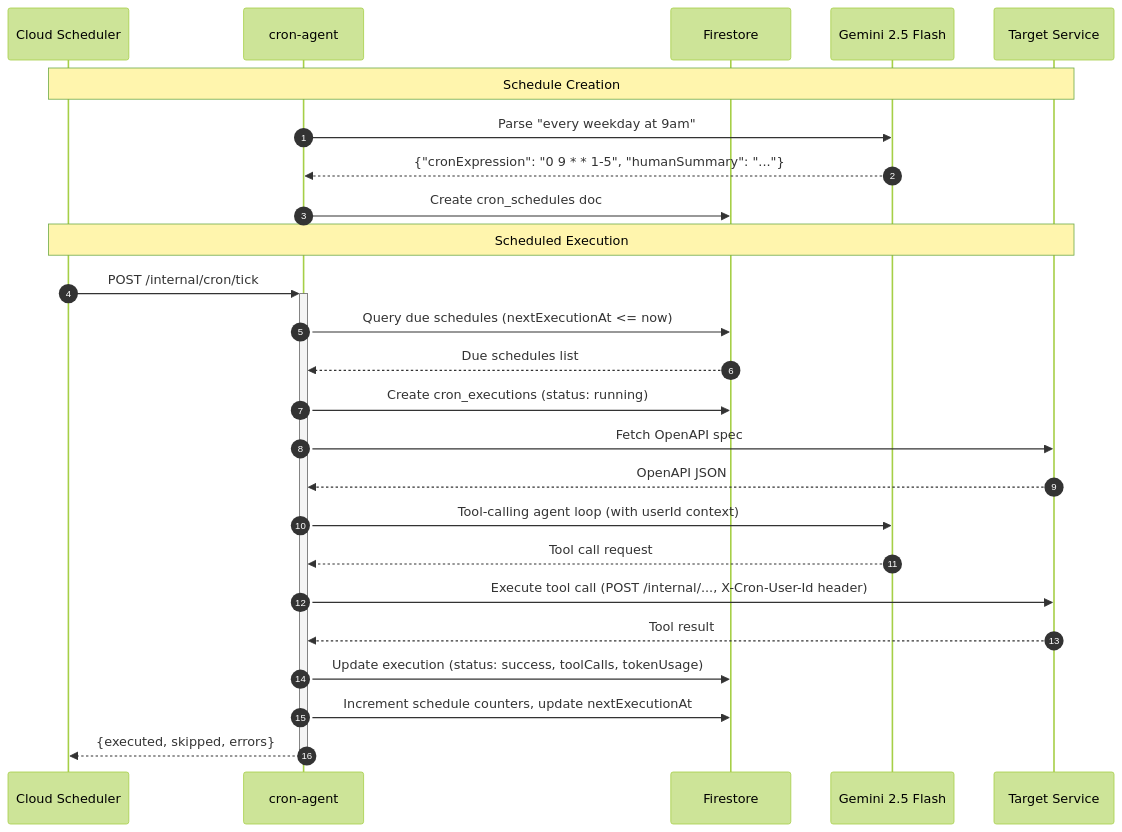
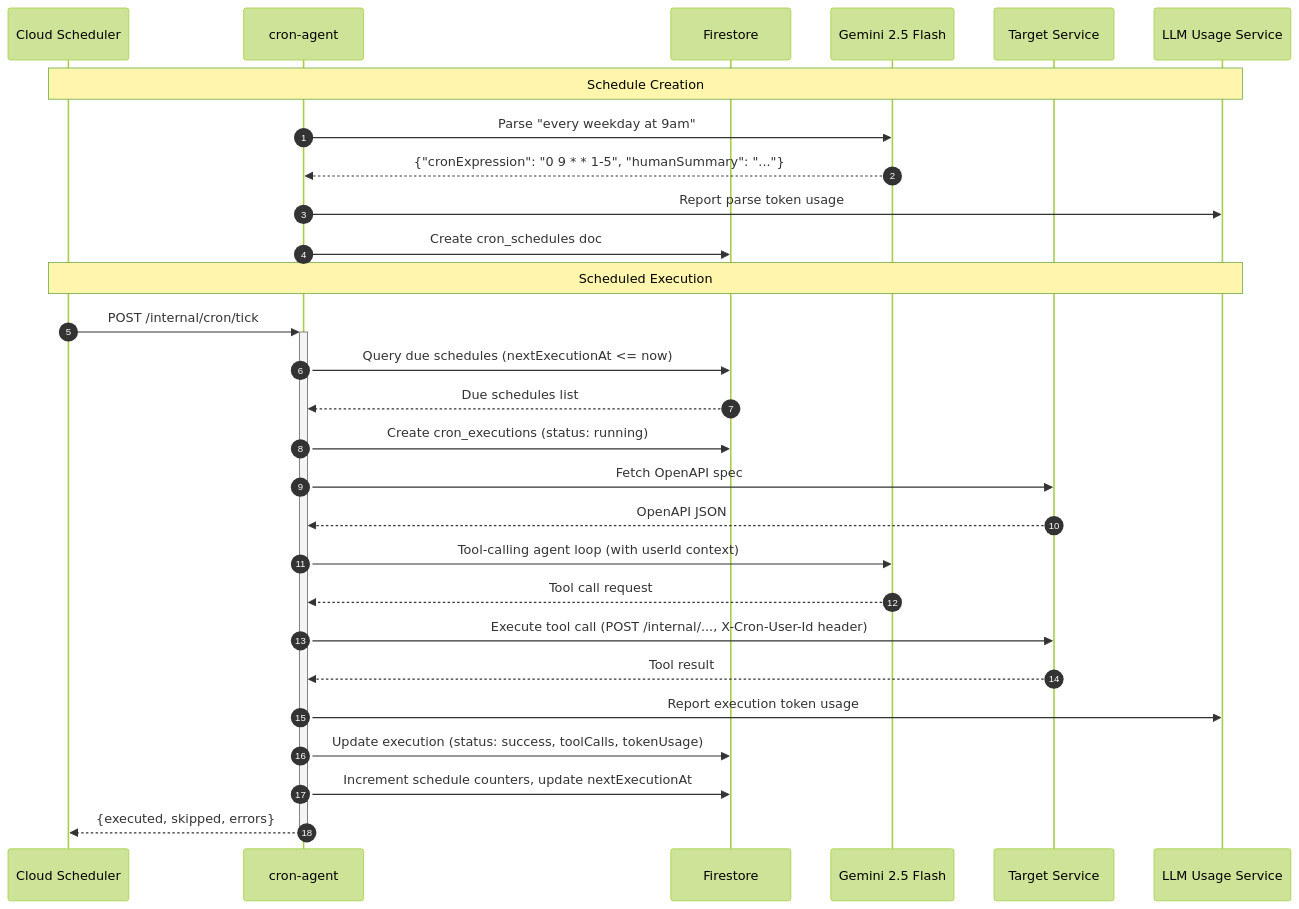
The second of 2 diagrams in docs/services/cron-agent/technical.md (pbuchman/intexuraos), drawn with Mermaid (forest theme) before and after one commit. The commit also changed other lines of this file and 132 other files, not shown here.

````diff
--- a/docs/services/cron-agent/technical.md
+++ b/docs/services/cron-agent/technical.md
@@ -57,29 +59,32 @@
 ```mermaid
 sequenceDiagram
     autonumber
     participant Scheduler as Cloud Scheduler
     participant CronAgent as cron-agent
     participant Firestore
     participant Gemini as Gemini 2.5 Flash
     participant Target as Target Service
+    participant Usage as LLM Usage Service
 
-    Note over Scheduler,Target: Schedule Creation
+    Note over Scheduler,Usage: Schedule Creation
     CronAgent->>Gemini: Parse "every weekday at 9am"
     Gemini-->>CronAgent: {"cronExpression": "0 9 * * 1-5", "humanSummary": "..."}
+    CronAgent->>Usage: Report parse token usage
     CronAgent->>Firestore: Create cron_schedules doc
 
-    Note over Scheduler,Target: Scheduled Execution
+    Note over Scheduler,Usage: Scheduled Execution
     Scheduler->>+CronAgent: POST /internal/cron/tick
     CronAgent->>Firestore: Query due schedules (nextExecutionAt <= now)
     Firestore-->>CronAgent: Due schedules list
     CronAgent->>Firestore: Create cron_executions (status: running)
     CronAgent->>Target: Fetch OpenAPI spec
     Target-->>CronAgent: OpenAPI JSON
     CronAgent->>Gemini: Tool-calling agent loop (with userId context)
     Gemini-->>CronAgent: Tool call request
     CronAgent->>Target: Execute tool call (POST /internal/..., X-Cron-User-Id header)
     Target-->>CronAgent: Tool result
+    CronAgent->>Usage: Report execution token usage
     CronAgent->>Firestore: Update execution (status: success, toolCalls, tokenUsage)
     CronAgent->>Firestore: Increment schedule counters, update nextExecutionAt
     CronAgent-->>-Scheduler: {executed, skipped, errors}
 ```
````
